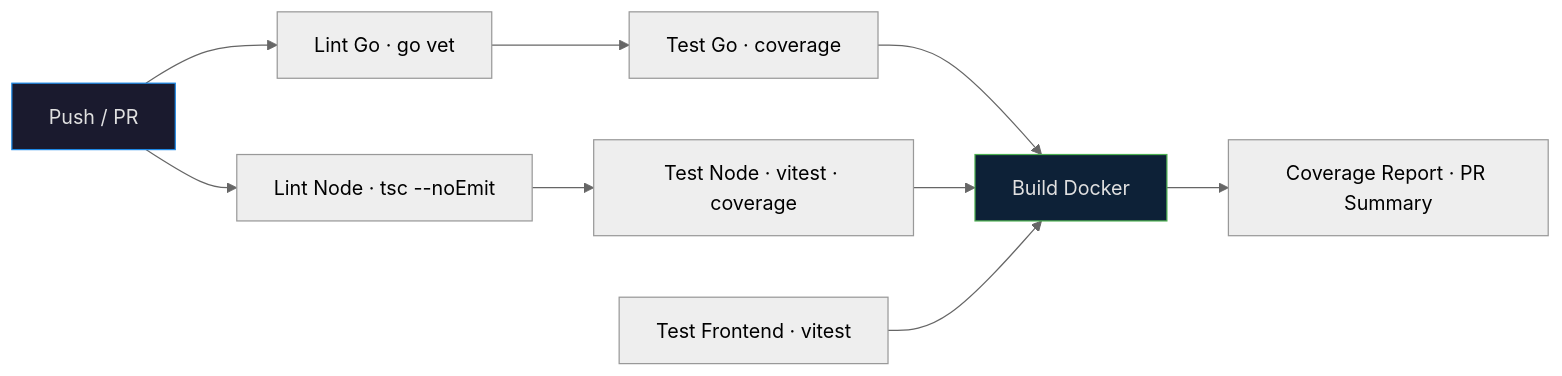
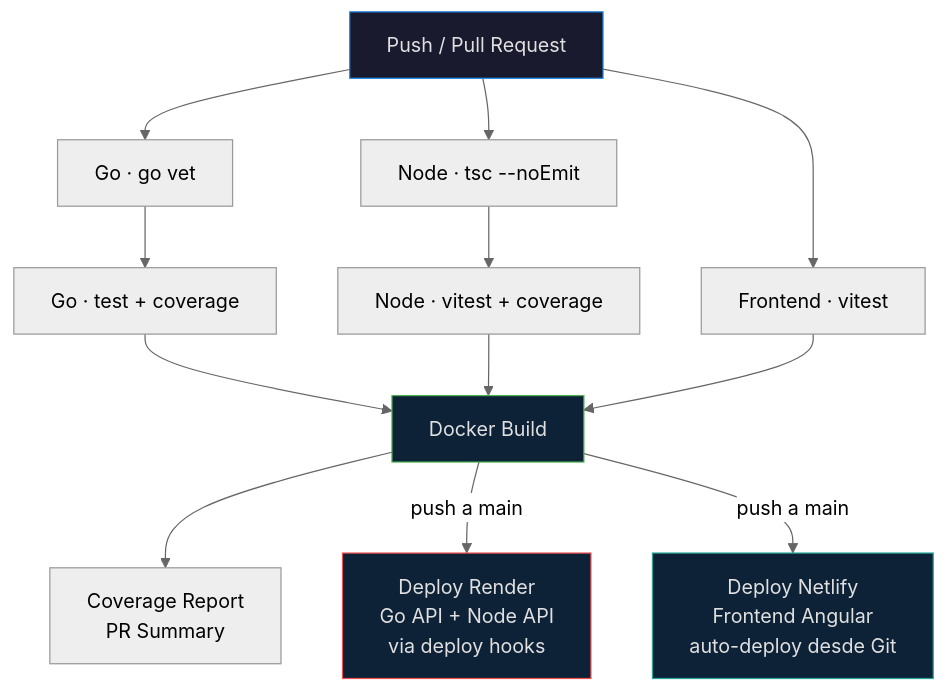
The second of 2 diagrams in README.md (gacc94/coding-challenge), drawn with Mermaid (neutral theme) before and after one commit. The commit also changed other lines of this file and 1 other file, not shown here.

Commit message:
fix: clarify responsive design breakpoints in frontend design documentation

````diff
--- a/README.md
+++ b/README.md
@@ -130,17 +166,25 @@
 ```mermaid
-graph LR
-    Push["Push / PR"] --> LintGo["Lint Go · go vet"]
-    Push --> LintNode["Lint Node · tsc --noEmit"]
+graph TB
+    Push["Push / Pull Request"]
 
-    LintGo --> TestGo["Test Go · coverage"]
-    LintNode --> TestNode["Test Node · vitest · coverage"]
+    Push --> LintGo["Go · go vet"]
+    Push --> LintNode["Node · tsc --noEmit"]
+    Push --> TestFrontend["Frontend · vitest"]
 
-    TestGo --> Build["Build Docker"]
+    LintGo --> TestGo["Go · test + coverage"]
+    LintNode --> TestNode["Node · vitest + coverage"]
+
+    TestGo --> Build["Docker Build"]
     TestNode --> Build
-    TestFrontend["Test Frontend · vitest"] --> Build
+    TestFrontend --> Build
 
-    Build --> Report["Coverage Report · PR Summary"]
+    Build --> Report["Coverage Report<br/>PR Summary"]
+
+    Build -->|"push a main"| DeployRender["Deploy Render<br/>Go API + Node API<br/>via deploy hooks"]
+    Build -->|"push a main"| DeployNetlify["Deploy Netlify<br/>Frontend Angular<br/>auto-deploy desde Git"]
 
     style Push fill:#1a1a2e,stroke:#1e88e5,color:#e0e0e0
     style Build fill:#0d2137,stroke:#4caf50,color:#e0e0e0
+    style DeployRender fill:#0d2137,stroke:#ef5350,color:#e0e0e0
+    style DeployNetlify fill:#0d2137,stroke:#26a69a,color:#e0e0e0
 ```
````
